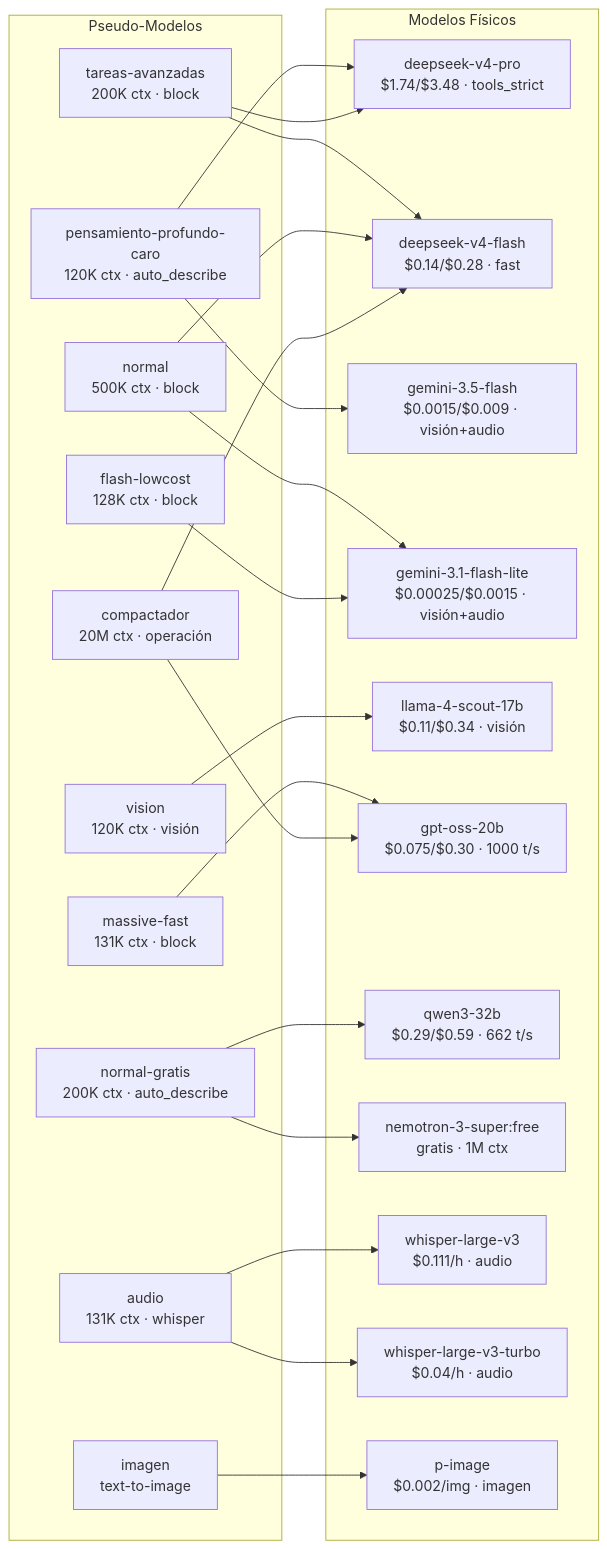
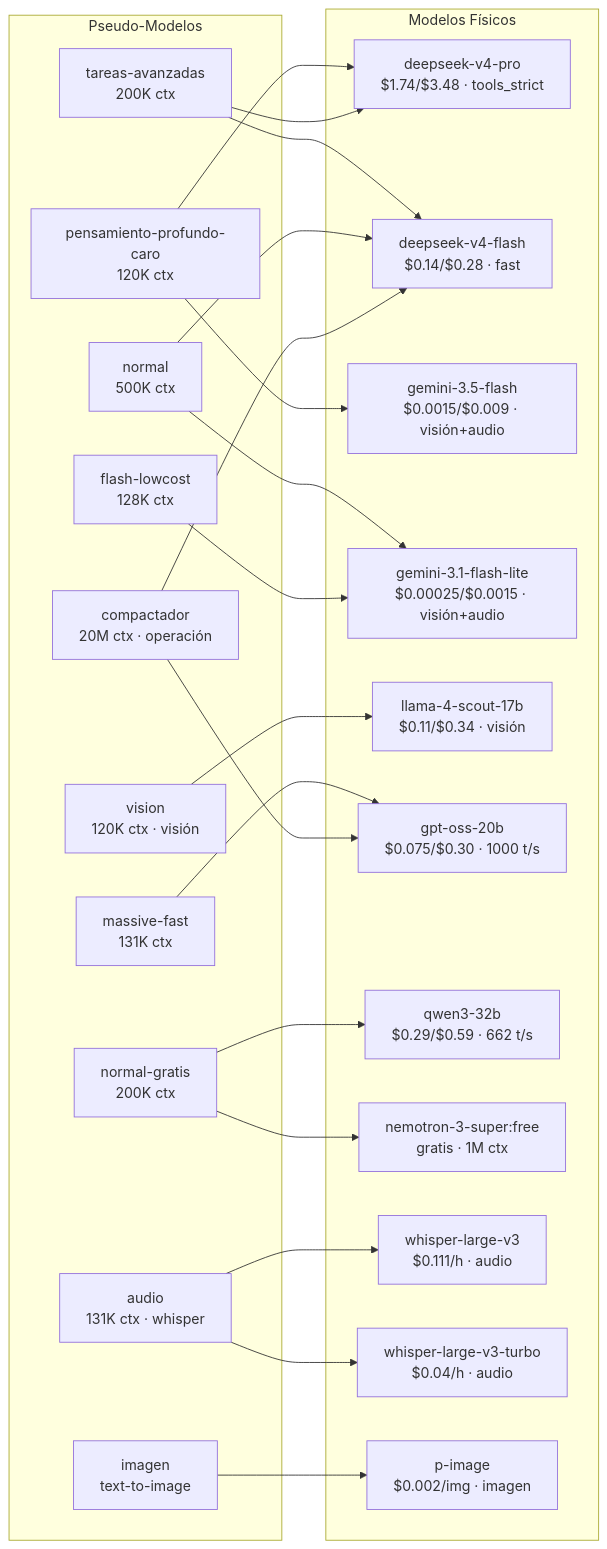
One commit to CesarGuzmanLopez/proxy-cesar changed the tenth of 12 diagrams in diagramas.md. Above: the diagram before and after it, drawn with Mermaid. The commit also changed other lines of this file and 40 other files, not shown here.

````diff
--- a/diagramas.md
+++ b/diagramas.md
@@ -576,46 +545,46 @@
 ```mermaid
 graph LR
     subgraph Pseudo_Models["Pseudo-Modelos"]
-        PP["pensamiento-profundo-caro<br/>120K ctx · auto_describe"]
-        TA["tareas-avanzadas<br/>200K ctx · block"]
+        PP["pensamiento-profundo-caro<br/>120K ctx"]
+        TA["tareas-avanzadas<br/>200K ctx"]
         V["vision<br/>120K ctx · visión"]
-        N["normal<br/>500K ctx · block"]
-        NG["normal-gratis<br/>200K ctx · auto_describe"]
-        MF["massive-fast<br/>131K ctx · block"]
-        FL["flash-lowcost<br/>128K ctx · block"]
+        N["normal<br/>500K ctx"]
+        NG["normal-gratis<br/>200K ctx"]
+        MF["massive-fast<br/>131K ctx"]
+        FL["flash-lowcost<br/>128K ctx"]
         AU["audio<br/>131K ctx · whisper"]
         IM["imagen<br/>text-to-image"]
         CM["compactador<br/>20M ctx · operación"]
     end
 
     subgraph Physical_Models["Modelos Físicos"]
         DS_P["deepseek-v4-pro<br/>$1.74/$3.48 · tools_strict"]
         DS_F["deepseek-v4-flash<br/>$0.14/$0.28 · fast"]
         GM_35["gemini-3.5-flash<br/>$0.0015/$0.009 · visión+audio"]
         GM_31["gemini-3.1-flash-lite<br/>$0.00025/$0.0015 · visión+audio"]
         L4S["llama-4-scout-17b<br/>$0.11/$0.34 · visión"]
         GPT20["gpt-oss-20b<br/>$0.075/$0.30 · 1000 t/s"]
         QW32["qwen3-32b<br/>$0.29/$0.59 · 662 t/s"]
         NT["nemotron-3-super:free<br/>gratis · 1M ctx"]
         WV3["whisper-large-v3<br/>$0.111/h · audio"]
         WV3T["whisper-large-v3-turbo<br/>$0.04/h · audio"]
         PI["p-image<br/>$0.002/img · imagen"]
     end
 
     PP --> DS_P
     PP --> GM_35
     TA --> DS_P
     TA --> DS_F
     V --> L4S
     N --> DS_F
     N --> GM_31
     NG --> NT
     NG --> QW32
     MF --> GPT20
     FL --> GM_31
     AU --> WV3
     AU --> WV3T
     IM --> PI
     CM --> GPT20
     CM --> DS_F
 ```
````
